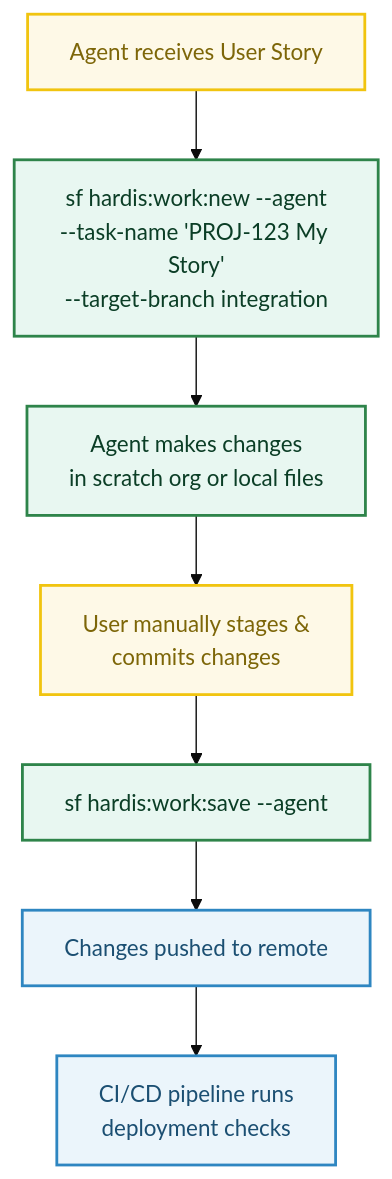
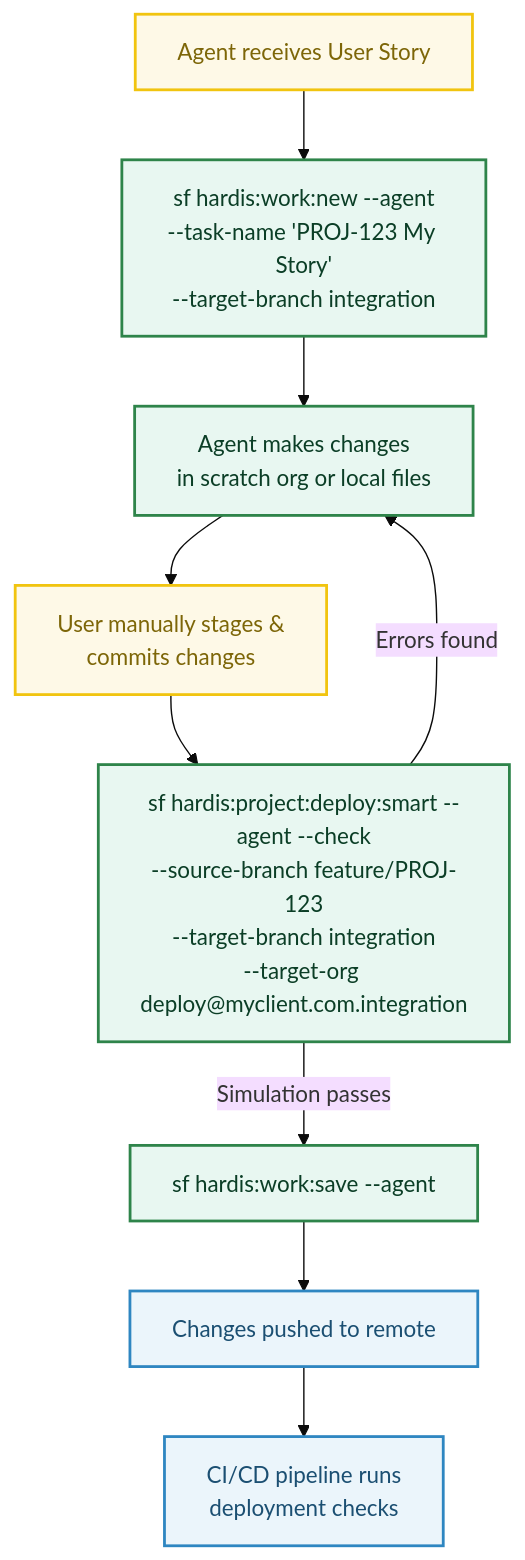
Before and after one commit to hardisgroupcom/sfdx-hardis: the diagram in docs/salesforce-ci-cd-agent-skills.md, drawn with Mermaid (base theme). The commit also changed other lines of this file and 174 other files, not shown here.

````diff
--- a/docs/salesforce-ci-cd-agent-skills.md
+++ b/docs/salesforce-ci-cd-agent-skills.md
@@ -198,17 +198,19 @@
 ```mermaid
 graph TD
   A[Agent receives User Story] --> B["sf hardis:work:new --agent<br/>--task-name 'PROJ-123 My Story'<br/>--target-branch integration"]
   B --> C["Agent makes changes<br/>in scratch org or local files"]
   C --> D["User manually stages &<br/>commits changes"]
-  D --> E["sf hardis:work:save --agent"]
-  E --> F[Changes pushed to remote]
-  F --> G["CI/CD pipeline runs<br/>deployment checks"]
+  D --> E["sf hardis:project:deploy:smart --agent --check<br/>--source-branch feature/PROJ-123<br/>--target-branch integration<br/>--target-org deploy@myclient.com.integration"]
+  E -->|Simulation passes| F["sf hardis:work:save --agent"]
+  E -->|Errors found| C
+  F --> G[Changes pushed to remote]
+  G --> H["CI/CD pipeline runs<br/>deployment checks"]
 
   classDef agent fill:#E8F7F1,stroke:#2E844A,stroke-width:2px,color:#0B3E26;
   classDef cicd fill:#EBF5FB,stroke:#2E86C1,stroke-width:2px,color:#1B4F72;
   classDef user fill:#FEF9E7,stroke:#F1C40F,stroke-width:2px,color:#7D6608;
 
   class A,D user;
-  class B,C,E agent;
-  class F,G cicd;
+  class B,C,E,F agent;
+  class G,H cicd;
 ```
````
